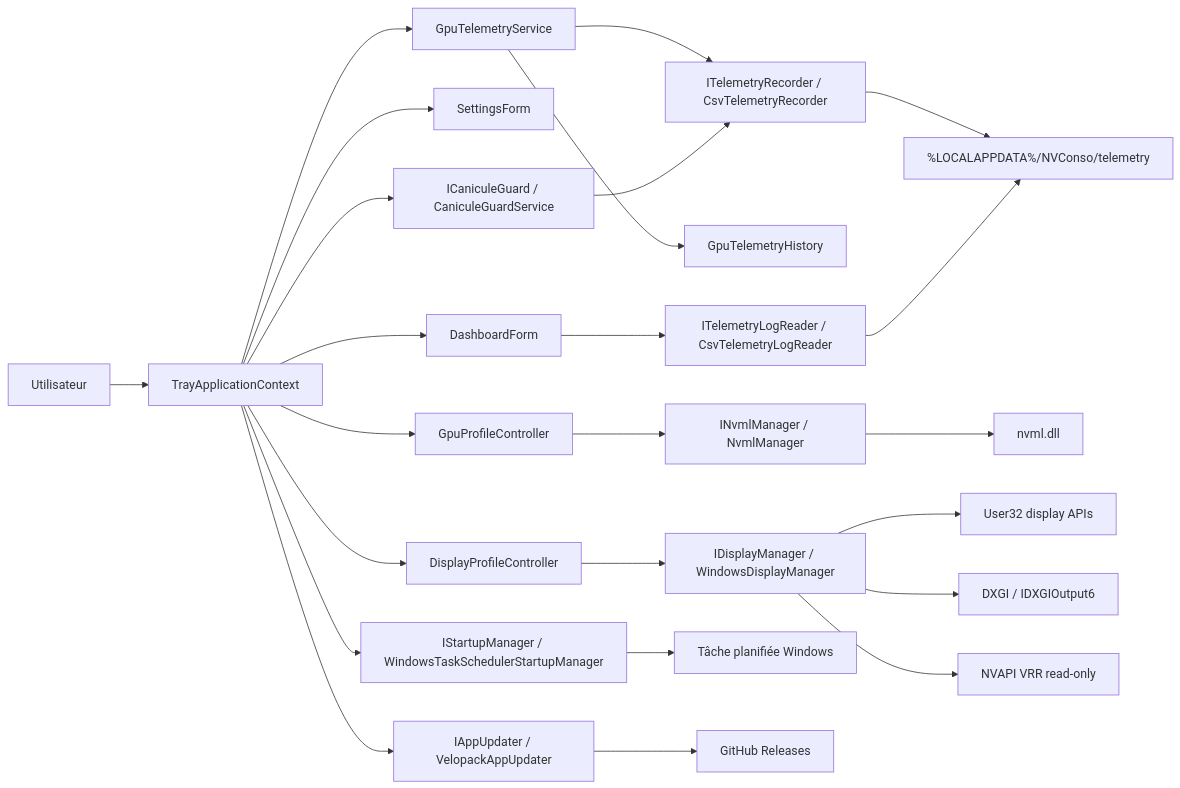
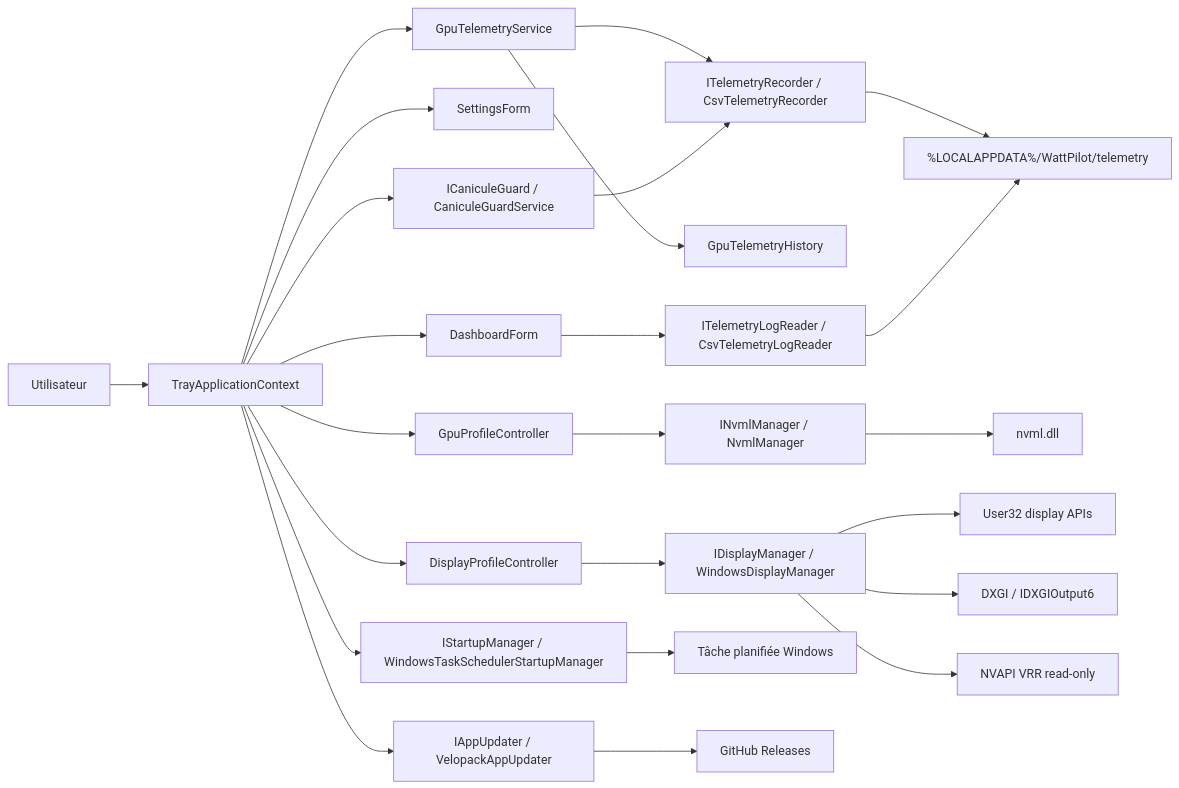
The diagram in docs/architecture.md (arnaud-wissart-lab/NVConso), drawn with Mermaid before and after one commit. The commit also changed other lines of this file and 75 other files, not shown here.

````diff
--- a/docs/architecture.md
+++ b/docs/architecture.md
@@ -7,26 +7,26 @@
 ```mermaid
 flowchart LR
   User["Utilisateur"] --> Tray["TrayApplicationContext"]
   Tray --> Dashboard["DashboardForm"]
   Tray --> Settings["SettingsForm"]
   Tray --> Profiles["GpuProfileController"]
   Profiles --> Nvml["INvmlManager / NvmlManager"]
   Nvml --> NativeNvml["nvml.dll"]
   Tray --> Telemetry["GpuTelemetryService"]
   Telemetry --> History["GpuTelemetryHistory"]
   Telemetry --> Recorder["ITelemetryRecorder / CsvTelemetryRecorder"]
-  Recorder --> TelemetryFiles["%LOCALAPPDATA%/NVConso/telemetry"]
+  Recorder --> TelemetryFiles["%LOCALAPPDATA%/WattPilot/telemetry"]
   Dashboard --> Reader["ITelemetryLogReader / CsvTelemetryLogReader"]
   Reader --> TelemetryFiles
   Tray --> DisplayProfiles["DisplayProfileController"]
   DisplayProfiles --> DisplayManager["IDisplayManager / WindowsDisplayManager"]
   DisplayManager --> User32["User32 display APIs"]
   DisplayManager --> Dxgi["DXGI / IDXGIOutput6"]
   DisplayManager --> Nvapi["NVAPI VRR read-only"]
   Tray --> Guard["ICaniculeGuard / CaniculeGuardService"]
   Guard --> Recorder
   Tray --> Startup["IStartupManager / WindowsTaskSchedulerStartupManager"]
   Startup --> TaskScheduler["Tâche planifiée Windows"]
   Tray --> Updates["IAppUpdater / VelopackAppUpdater"]
   Updates --> GitHubReleases["GitHub Releases"]
 ```
````
